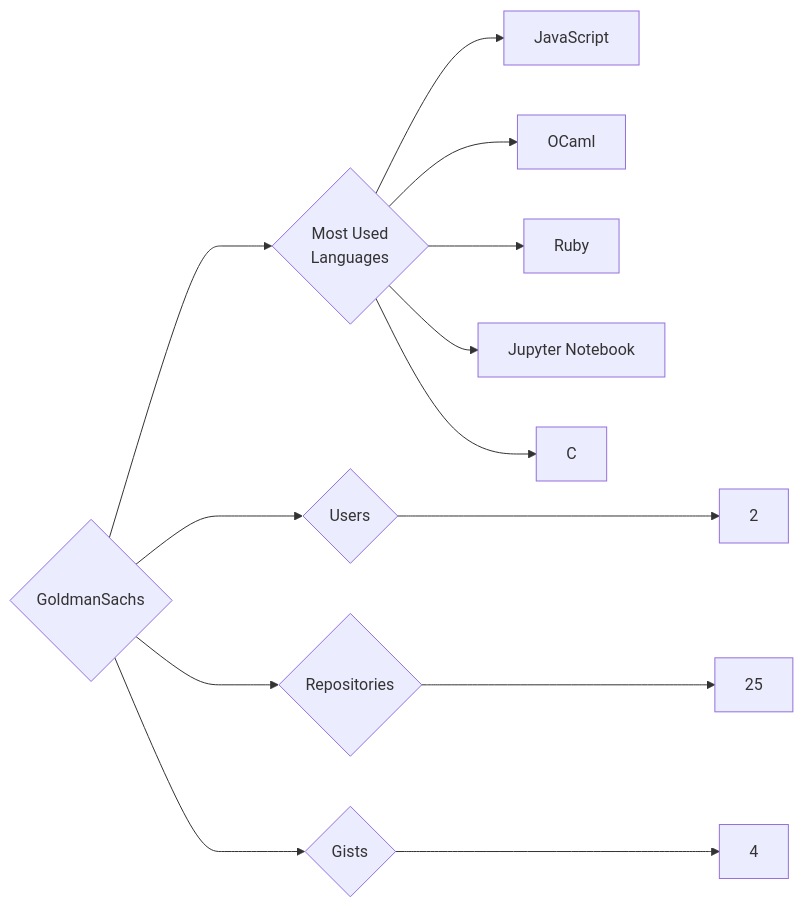
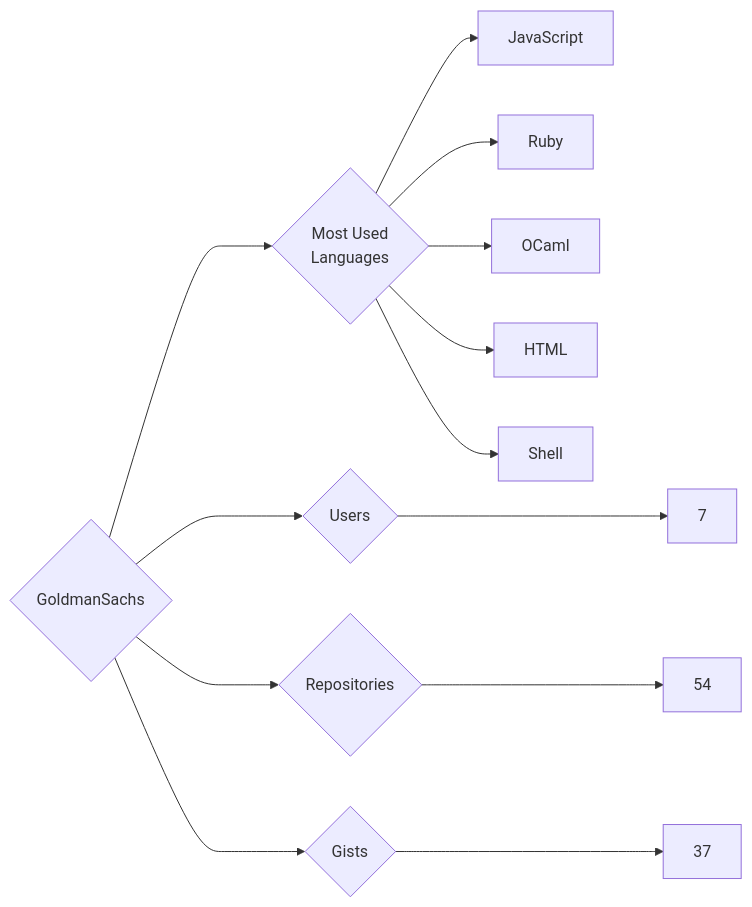
Before and after one commit to trickest/insiders: the diagram in targets/GoldmanSachs/README.md, drawn with Mermaid. The commit also changed 1084 other files, not shown here.

````diff
--- a/targets/GoldmanSachs/README.md
+++ b/targets/GoldmanSachs/README.md
@@ -3,13 +3,13 @@
 ```mermaid
 graph LR
 COMPANY_NAME{GoldmanSachs}
-COMPANY_NAME ---> U{Users} ---> UN[2]
-COMPANY_NAME ---> R{Repositories} ---> RN[25]
-COMPANY_NAME ---> G{Gists} ---> GN[4]
+COMPANY_NAME ---> U{Users} ---> UN[7]
+COMPANY_NAME ---> R{Repositories} ---> RN[54]
+COMPANY_NAME ---> G{Gists} ---> GN[37]
 COMPANY_NAME ---> ML{Most Used<br>Languages}
 ML --> JavaScript[JavaScript]
+ML --> Ruby[Ruby]
 ML --> OCaml[OCaml]
-ML --> Ruby[Ruby]
-ML --> Jupyter_Notebook[Jupyter Notebook]
-ML --> C[C]
+ML --> HTML[HTML]
+ML --> Shell[Shell]
 ```
````
